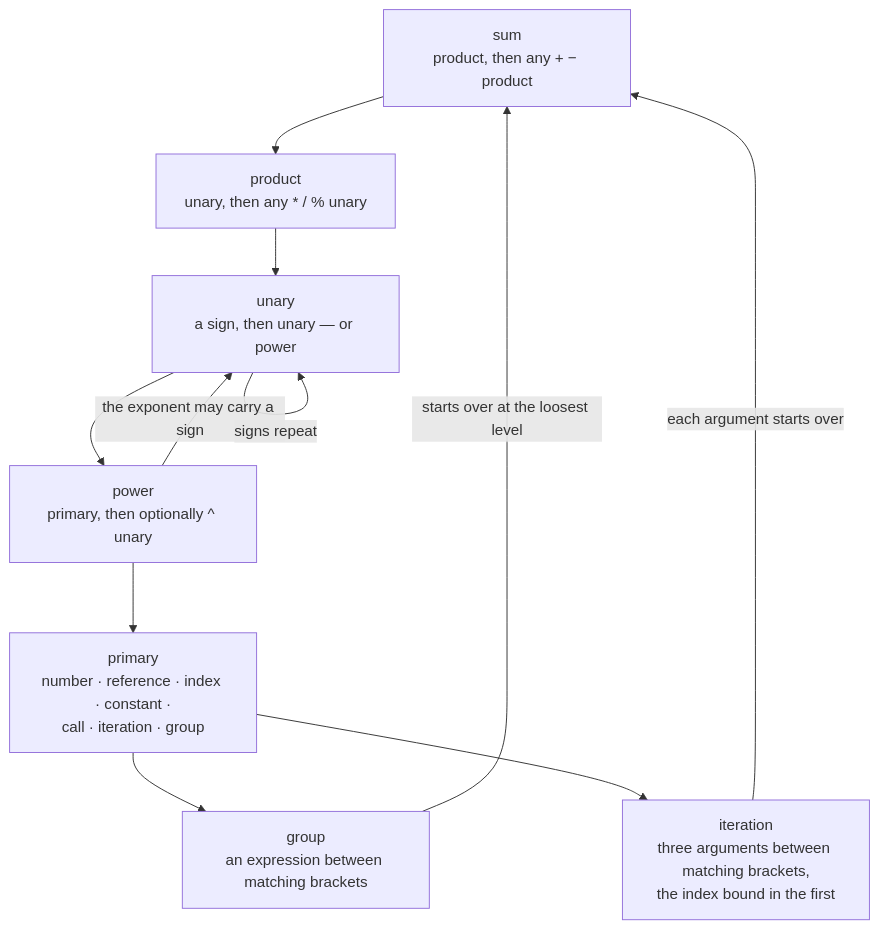
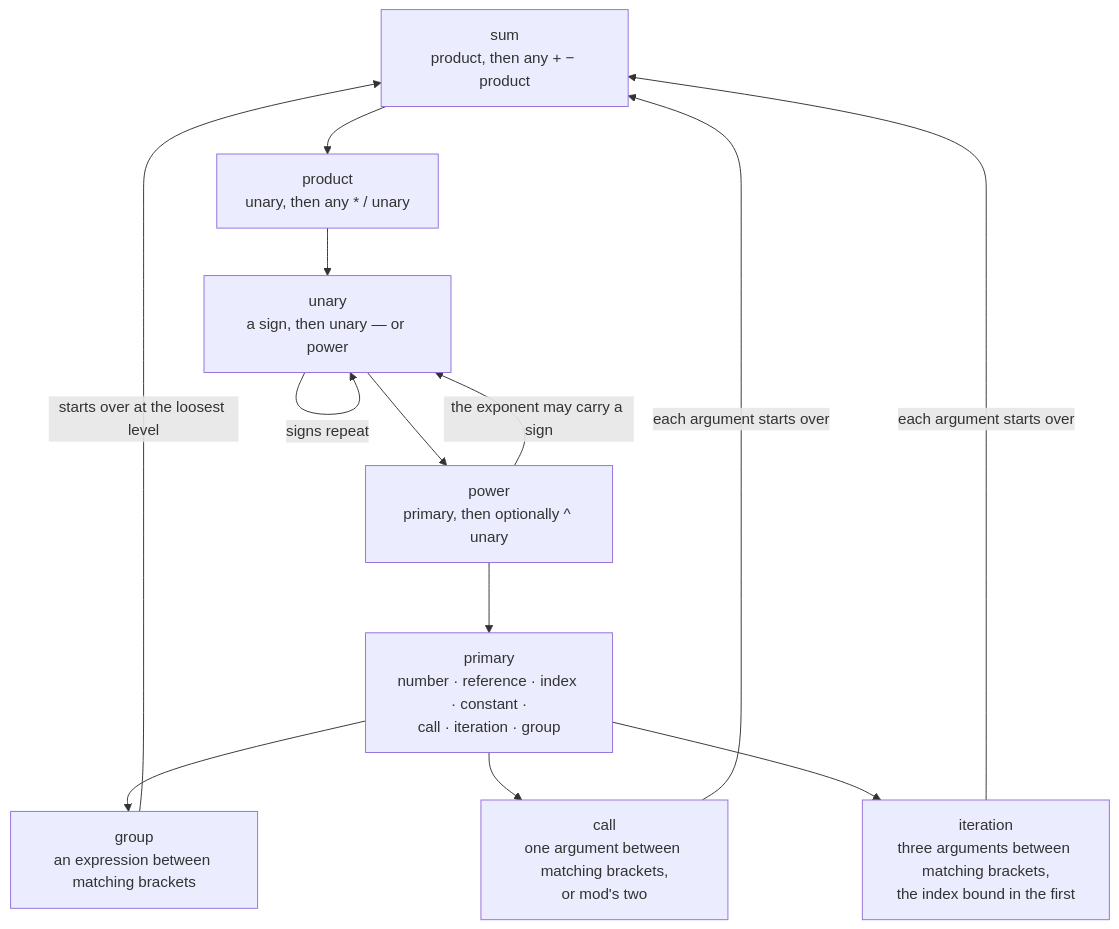
One commit to awpala/financial-calculators changed the sixth of 8 diagrams in src/lib/calculator/README.md. Above: the diagram before and after it, drawn with Mermaid. The commit also changed other lines of this file and 16 other files, not shown here.

````diff
--- a/src/lib/calculator/README.md
+++ b/src/lib/calculator/README.md
@@ -569,13 +581,15 @@
 ```mermaid
 flowchart TD
-    SUM["sum<br/>product, then any + − product"] --> PRODUCT["product<br/>unary, then any * / % unary"]
+    SUM["sum<br/>product, then any + − product"] --> PRODUCT["product<br/>unary, then any * / unary"]
     PRODUCT --> UNARY["unary<br/>a sign, then unary — or power"]
     UNARY --> POWER["power<br/>primary, then optionally ^ unary"]
     POWER --> PRIMARY["primary<br/>number · reference · index · constant ·<br/>call · iteration · group"]
     PRIMARY --> GROUP["group<br/>an expression between matching brackets"]
+    PRIMARY --> CALL["call<br/>one argument between matching brackets,<br/>or mod's two"]
     PRIMARY --> ITERATION["iteration<br/>three arguments between matching brackets,<br/>the index bound in the first"]
     GROUP -- "starts over at the loosest level" --> SUM
+    CALL -- "each argument starts over" --> SUM
     ITERATION -- "each argument starts over" --> SUM
     POWER -- "the exponent may carry a sign" --> UNARY
     UNARY -- "signs repeat" --> UNARY
 ```
````
